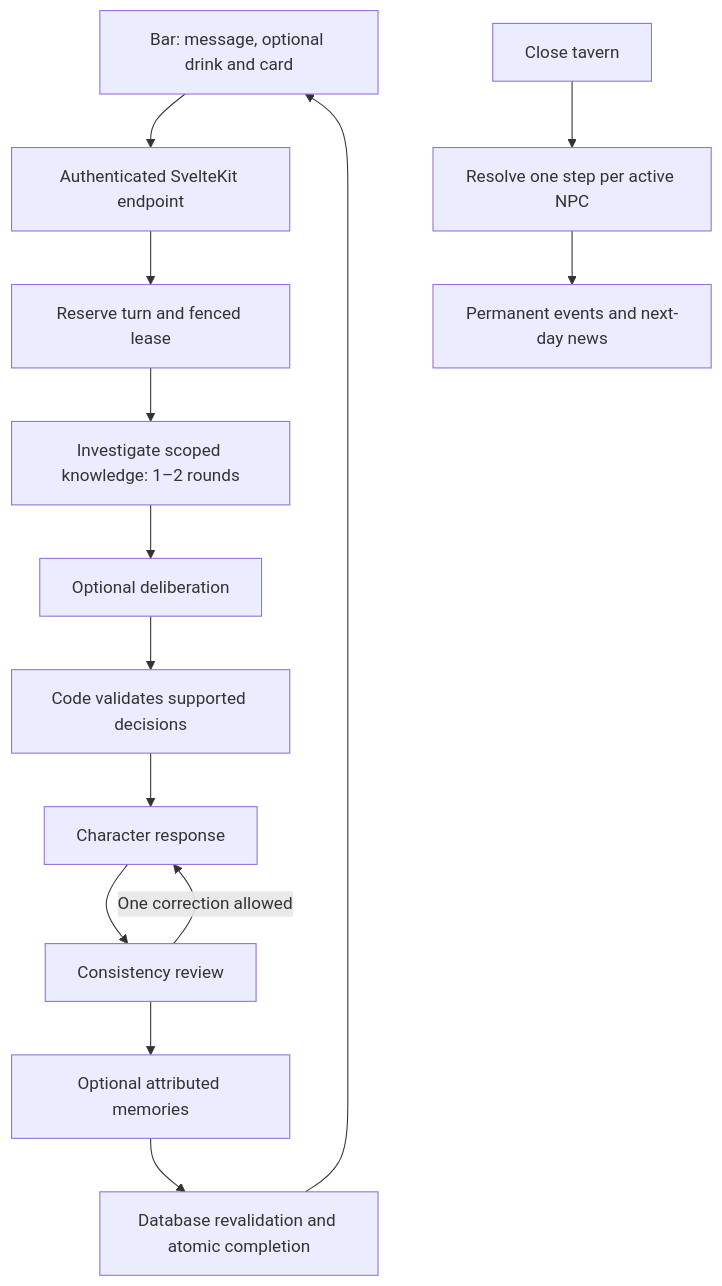
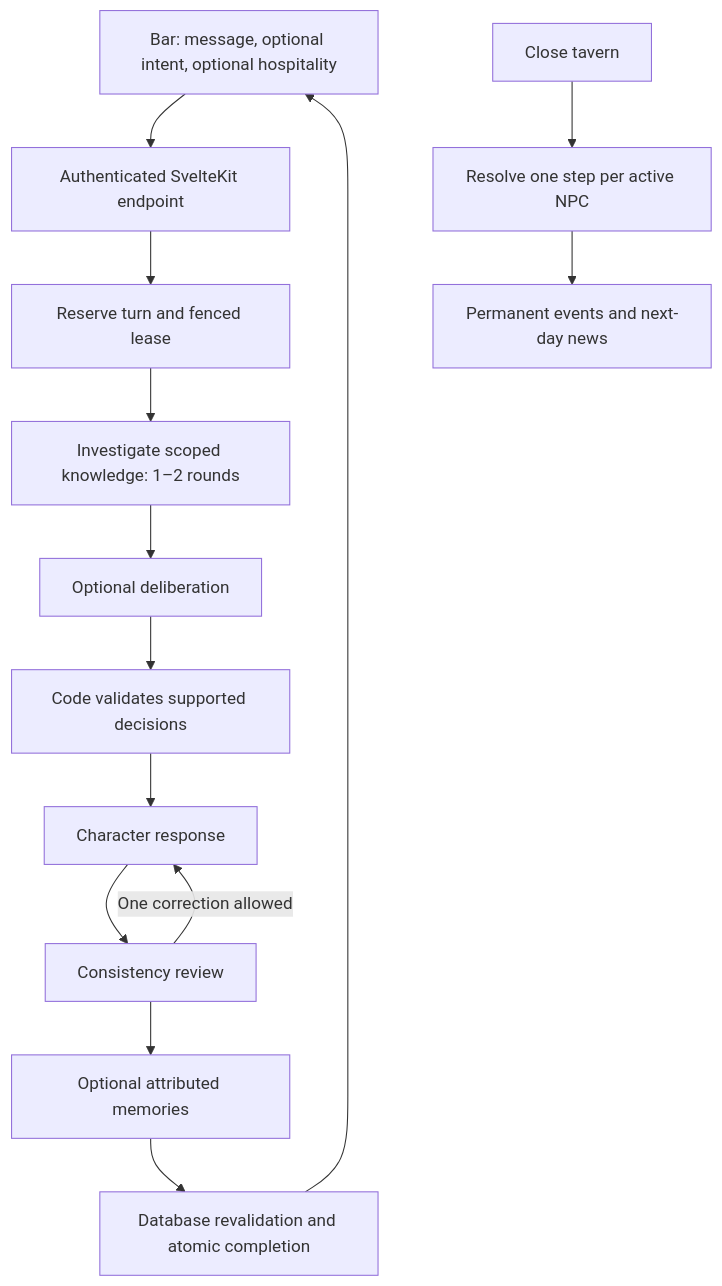
The diagram in docs/npc-dialogue.md (dutycaws/ByRookAndCrook), drawn with Mermaid before and after one commit. The commit also changed other lines of this file and 30 other files, not shown here.

Commit message:
feat: separate dialogue intent from hospitality

````diff
--- a/docs/npc-dialogue.md
+++ b/docs/npc-dialogue.md
@@ -7,16 +7,16 @@
 ```mermaid
 flowchart TD
-  UI[Bar: message, optional drink and card] --> API[Authenticated SvelteKit endpoint]
+  UI[Bar: message, optional intent, optional hospitality] --> API[Authenticated SvelteKit endpoint]
   API --> Begin[Reserve turn and fenced lease]
   Begin --> Investigate[Investigate scoped knowledge: 1–2 rounds]
   Investigate --> Decide[Optional deliberation]
   Decide --> Validate[Code validates supported decisions]
   Validate --> Speak[Character response]
   Speak --> Review[Consistency review]
   Review -->|One correction allowed| Speak
   Review --> Memory[Optional attributed memories]
   Memory --> Commit[Database revalidation and atomic completion]
   Commit --> UI
   Close[Close tavern] --> Rules[Resolve one step per active NPC]
   Rules --> Journal[Permanent events and next-day news]
 ```
````
